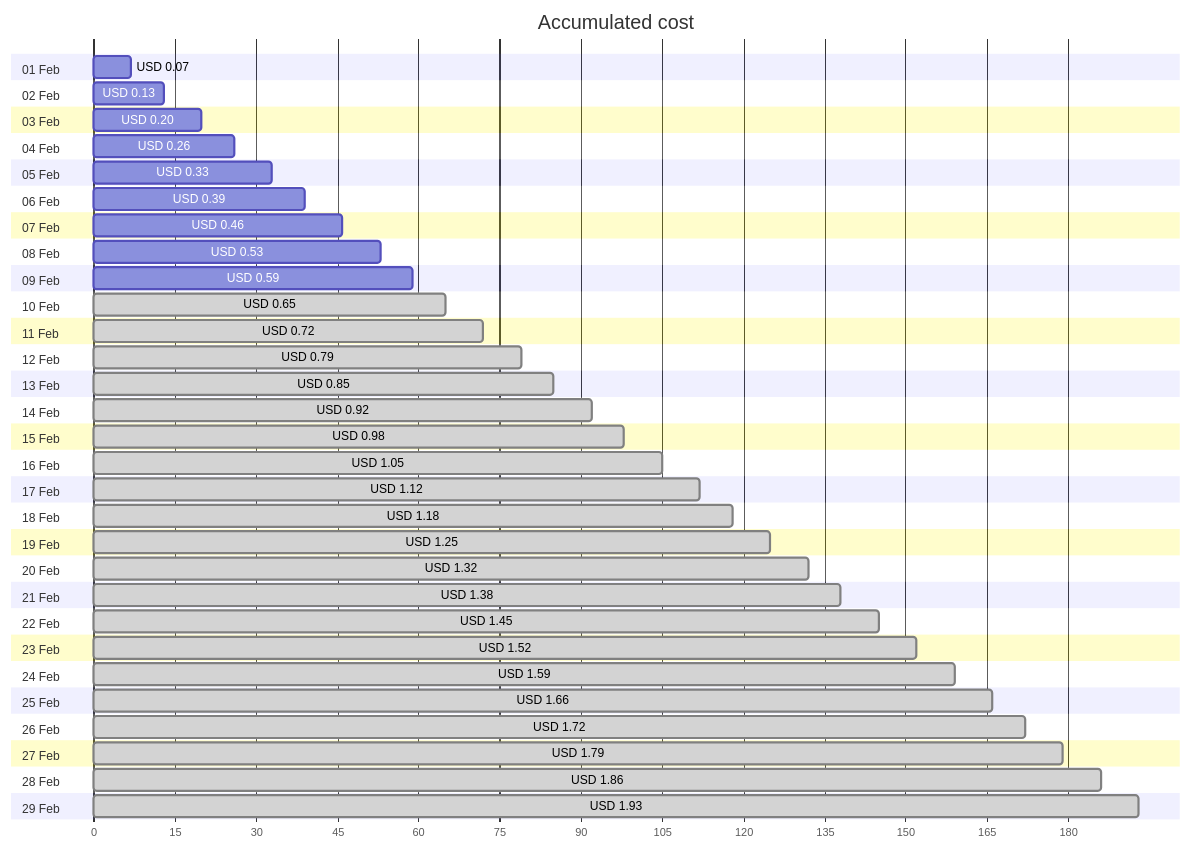
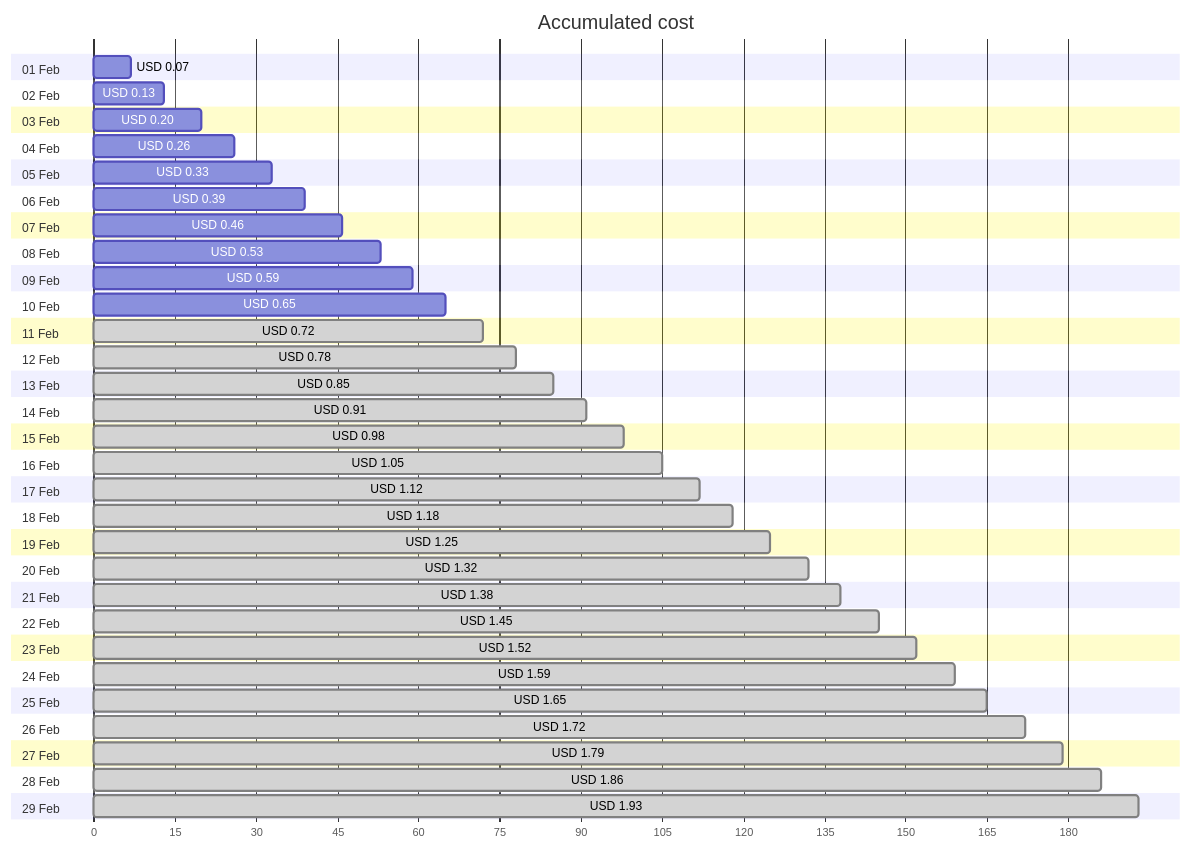
One commit to jpfulton/azure-personal-reports changed the first of 4 diagrams in cost-reports/personal-network/vpn-server_OsDisk.md. Above: the diagram before and after it, drawn with Mermaid. The commit also changed other lines of this file and 8 other files, not shown here.

````diff
--- a/cost-reports/personal-network/vpn-server_OsDisk.md
+++ b/cost-reports/personal-network/vpn-server_OsDisk.md
@@ -20,64 +20,64 @@
 ```mermaid
 gantt
    title Accumulated cost
    dateFormat  X
    axisFormat %s
    section 01 Feb
    USD 0.07 :0, 7
    section 02 Feb
    USD 0.13 :0, 13
    section 03 Feb
    USD 0.20 :0, 20
    section 04 Feb
    USD 0.26 :0, 26
    section 05 Feb
    USD 0.33 :0, 33
    section 06 Feb
    USD 0.39 :0, 39
    section 07 Feb
    USD 0.46 :0, 46
    section 08 Feb
    USD 0.53 :0, 53
    section 09 Feb
    USD 0.59 :0, 59
    section 10 Feb
-   USD 0.65 : done, 0, 65
+   USD 0.65 :0, 65
    section 11 Feb
    USD 0.72 : done, 0, 72
    section 12 Feb
-   USD 0.79 : done, 0, 79
+   USD 0.78 : done, 0, 78
    section 13 Feb
    USD 0.85 : done, 0, 85
    section 14 Feb
-   USD 0.92 : done, 0, 92
+   USD 0.91 : done, 0, 91
    section 15 Feb
    USD 0.98 : done, 0, 98
    section 16 Feb
    USD 1.05 : done, 0, 105
    section 17 Feb
    USD 1.12 : done, 0, 112
    section 18 Feb
    USD 1.18 : done, 0, 118
    section 19 Feb
    USD 1.25 : done, 0, 125
    section 20 Feb
    USD 1.32 : done, 0, 132
    section 21 Feb
    USD 1.38 : done, 0, 138
    section 22 Feb
    USD 1.45 : done, 0, 145
    section 23 Feb
    USD 1.52 : done, 0, 152
    section 24 Feb
    USD 1.59 : done, 0, 159
    section 25 Feb
-   USD 1.66 : done, 0, 166
+   USD 1.65 : done, 0, 165
    section 26 Feb
    USD 1.72 : done, 0, 172
    section 27 Feb
    USD 1.79 : done, 0, 179
    section 28 Feb
    USD 1.86 : done, 0, 186
    section 29 Feb
    USD 1.93 : done, 0, 193
 ```
````
